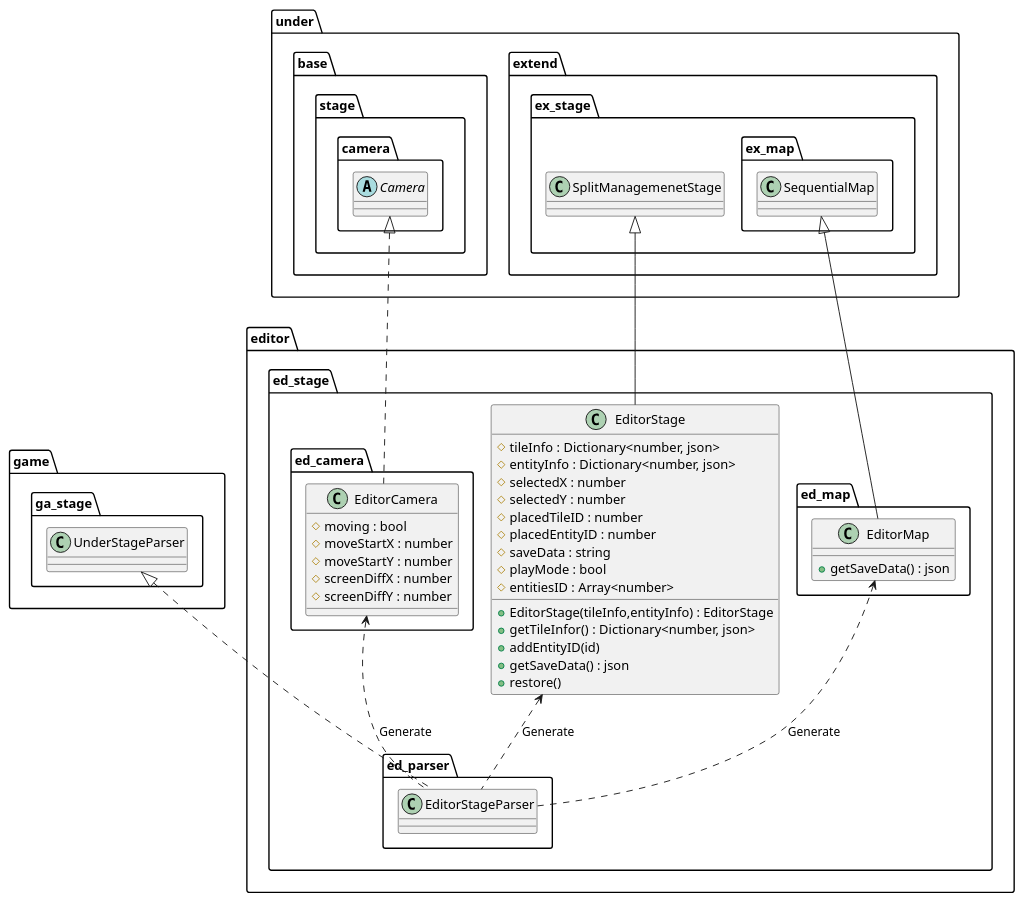
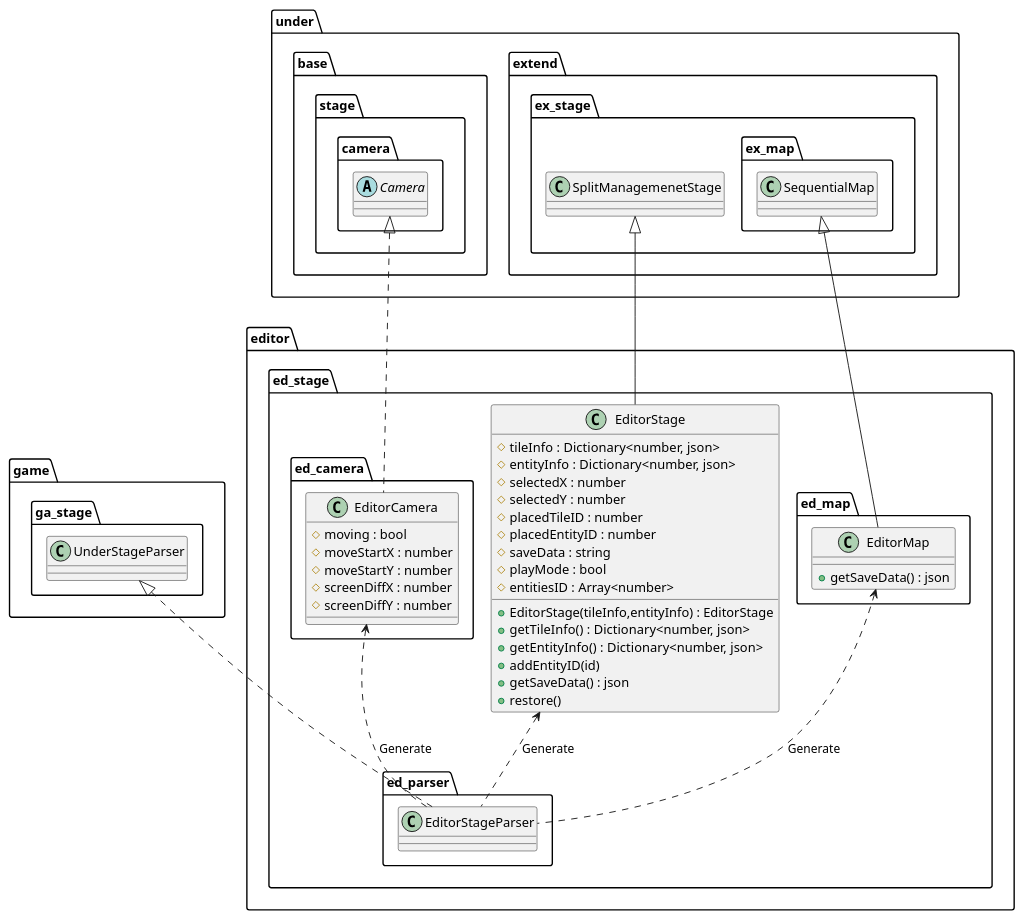
The diagram in uml/editor/Stage.wsd (Expine/Under), drawn with PlantUML before and after one commit. The commit also changed 14 other files, not shown here.

```diff
--- a/uml/editor/Stage.wsd
+++ b/uml/editor/Stage.wsd
@@ -1,76 +1,77 @@
 @startuml EditorStage
 
 package editor {
     package ed_stage {
         class EditorStage {
             +EditorStage(tileInfo,entityInfo) : EditorStage
             #tileInfo : Dictionary<number, json>
             #entityInfo : Dictionary<number, json>
             #selectedX : number
             #selectedY : number
             #placedTileID : number
             #placedEntityID : number
             #saveData : string
             #playMode : bool
             #entitiesID : Array<number>
-            +getTileInfor() : Dictionary<number, json>
+            +getTileInfo() : Dictionary<number, json>
+            +getEntityInfo() : Dictionary<number, json>
             +addEntityID(id)
             +getSaveData() : json
             +restore()
         }
 
         package ed_map {
             class EditorMap {
                 +getSaveData() : json
             }
         }
 
         package ed_parser {
             class EditorStageParser
         }
         package ed_camera {
             class EditorCamera {
                 #moving : bool
                 #moveStartX : number
                 #moveStartY : number
                 #screenDiffX : number
                 #screenDiffY : number
             }
         }
     }
 }
 
 package under {
     package base {
         package stage {
             package camera {
                 abstract Camera
             }
         }
     }
     package extend {
         package ex_stage {
             class SplitManagemenetStage
             package ex_map {
                 class SequentialMap
             }
         }
     }
 }
 
 package game {
     package ga_stage {
         class UnderStageParser
     }
 }
 
 EditorStage <.. EditorStageParser : "Generate"
 EditorCamera <.. EditorStageParser : "Generate"
 EditorMap <.. EditorStageParser : "Generate"
 
 Camera <|.. EditorCamera
 UnderStageParser <|.. EditorStageParser
 SplitManagemenetStage <|-- EditorStage
 SequentialMap <|-- EditorMap
 
 @enduml
```
